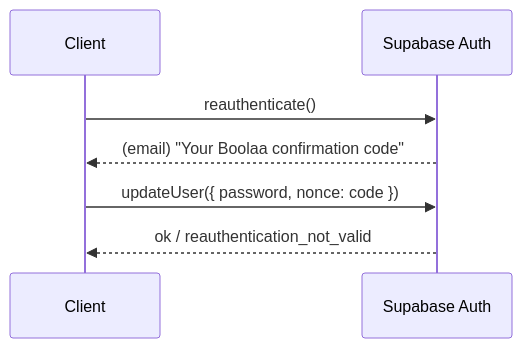
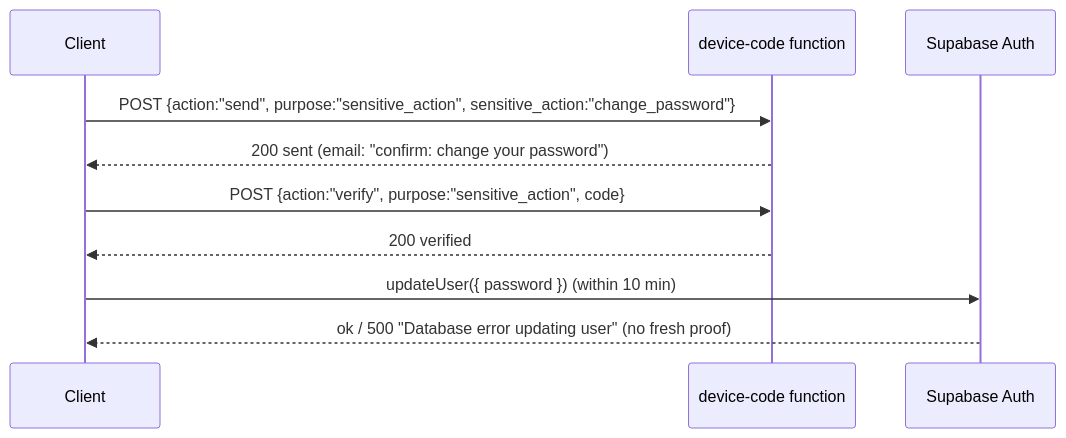
One commit to unalome-ai/boolaa changed the third of 4 diagrams in docs/auth-security.md. Above: the diagram before and after it, drawn with Mermaid. The commit also changed other lines of this file and 16 other files, not shown here.

First line of the commit message:
Server-side gate on password and email changes

````diff
--- a/docs/auth-security.md
+++ b/docs/auth-security.md
@@ -101,9 +101,12 @@
 ```mermaid
 sequenceDiagram
   participant C as Client
+  participant F as device-code function
   participant A as Supabase Auth
-  C->>A: reauthenticate()
-  A-->>C: (email) "Your Boolaa confirmation code"
-  C->>A: updateUser({ password, nonce: code })
-  A-->>C: ok / reauthentication_not_valid
+  C->>F: POST {action:"send", purpose:"sensitive_action", sensitive_action:"change_password"}
+  F-->>C: 200 sent (email: "confirm: change your password")
+  C->>F: POST {action:"verify", purpose:"sensitive_action", code}
+  F-->>C: 200 verified
+  C->>A: updateUser({ password })  (within 10 min)
+  A-->>C: ok / 500 "Database error updating user" (no fresh proof)
 ```
````
